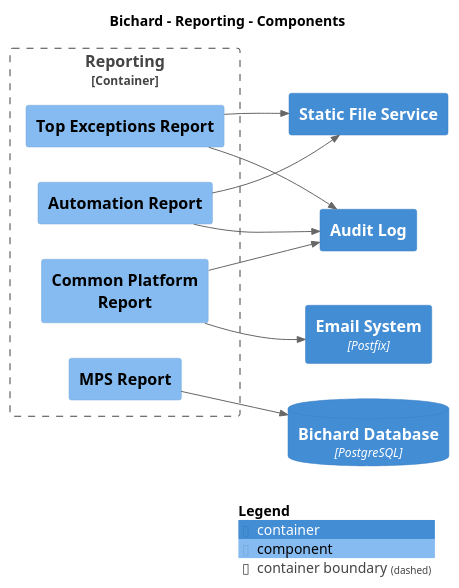
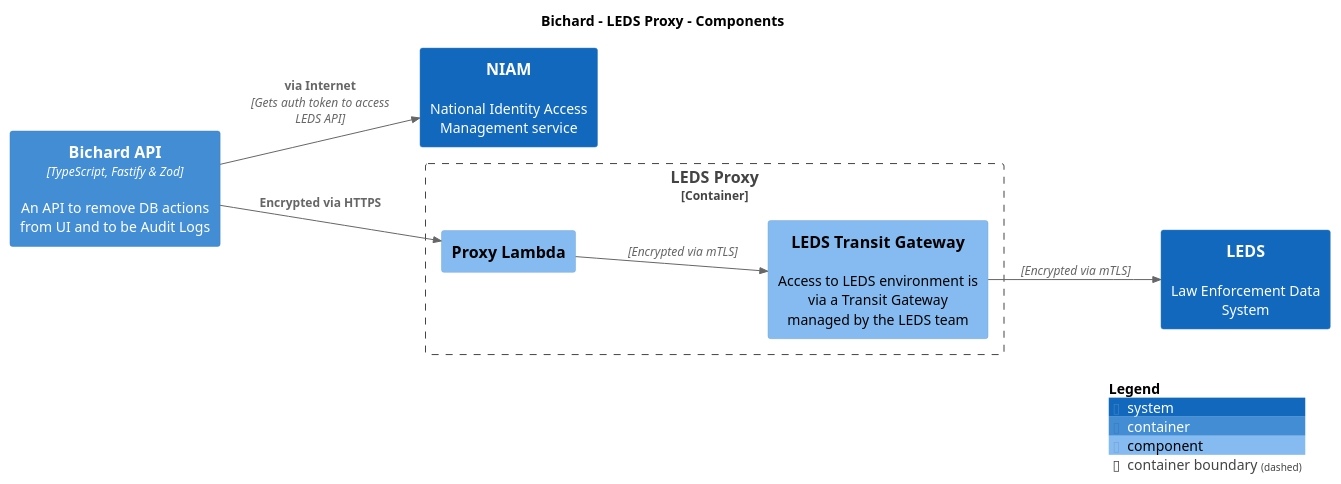
Before and after one commit to ministryofjustice/bichard7-next-core: the diagram in main/puml/Component-006.puml, drawn with PlantUML. The commit also changed 178 other files, not shown here.

```diff
--- a/main/puml/Component-006.puml
+++ b/main/puml/Component-006.puml
@@ -1,33 +1,27 @@
 @startuml
 set separator none
-title Bichard - Reporting - Components
+title Bichard - LEDS Proxy - Components
 
 left to right direction
 
 !include <C4/C4>
 !include <C4/C4_Context>
 !include <C4/C4_Container>
 !include <C4/C4_Component>
 
-ContainerDb(Bichard.BichardDatabase, "Bichard Database", $techn="PostgreSQL", $descr="", $tags="", $link="")
-Container(Bichard.EmailSystem, "Email System", $techn="Postfix", $descr="", $tags="", $link="")
-Container(Bichard.AuditLog, "Audit Log", $techn="", $descr="", $tags="", $link="")
-Container(Bichard.StaticFileService, "Static File Service", $techn="", $descr="", $tags="", $link="")
+System(LEDS, "LEDS", $descr="Law Enforcement Data System", $tags="", $link="")
+System(NIAM, "NIAM", $descr="National Identity Access Management service", $tags="", $link="")
+Container(Bichard.BichardAPI, "Bichard API", $techn="TypeScript, Fastify & Zod", $descr="An API to remove DB actions from UI and to be Audit Logs", $tags="", $link="")
 
-Container_Boundary("Bichard.Reporting_boundary", "Reporting", $tags="") {
-  Component(Bichard.Reporting.AutomationReport, "Automation Report", $techn="", $descr="", $tags="", $link="")
-  Component(Bichard.Reporting.CommonPlatformReport, "Common Platform Report", $techn="", $descr="", $tags="", $link="")
-  Component(Bichard.Reporting.MPSReport, "MPS Report", $techn="", $descr="", $tags="", $link="")
-  Component(Bichard.Reporting.TopExceptionsReport, "Top Exceptions Report", $techn="", $descr="", $tags="", $link="")
+Container_Boundary("Bichard.LEDSProxy_boundary", "LEDS Proxy", $tags="") {
+  Component(Bichard.LEDSProxy.ProxyLambda, "Proxy Lambda", $techn="", $descr="", $tags="", $link="")
+  Component(Bichard.LEDSProxy.LEDSTransitGateway, "LEDS Transit Gateway", $techn="", $descr="Access to LEDS environment is via a Transit Gateway managed by the LEDS team", $tags="", $link="")
 }
 
-Rel(Bichard.Reporting.CommonPlatformReport, Bichard.AuditLog, "", $techn="", $tags="", $link="")
-Rel(Bichard.Reporting.AutomationReport, Bichard.StaticFileService, "", $techn="", $tags="", $link="")
-Rel(Bichard.Reporting.TopExceptionsReport, Bichard.StaticFileService, "", $techn="", $tags="", $link="")
-Rel(Bichard.Reporting.CommonPlatformReport, Bichard.EmailSystem, "", $techn="", $tags="", $link="")
-Rel(Bichard.Reporting.MPSReport, Bichard.BichardDatabase, "", $techn="", $tags="", $link="")
-Rel(Bichard.Reporting.TopExceptionsReport, Bichard.AuditLog, "", $techn="", $tags="", $link="")
-Rel(Bichard.Reporting.AutomationReport, Bichard.AuditLog, "", $techn="", $tags="", $link="")
+Rel(Bichard.BichardAPI, Bichard.LEDSProxy.ProxyLambda, "Encrypted via HTTPS", $techn="", $tags="", $link="")
+Rel(Bichard.BichardAPI, NIAM, "via Internet", $techn="Gets auth token to access LEDS API", $tags="", $link="")
+Rel(Bichard.LEDSProxy.ProxyLambda, Bichard.LEDSProxy.LEDSTransitGateway, "", $techn="Encrypted via mTLS", $tags="", $link="")
+Rel(Bichard.LEDSProxy.LEDSTransitGateway, LEDS, "", $techn="Encrypted via mTLS", $tags="", $link="")
 
 SHOW_LEGEND(true)
 @enduml
```
